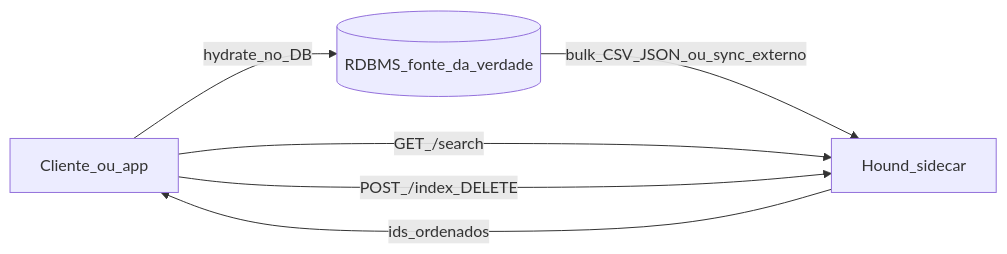
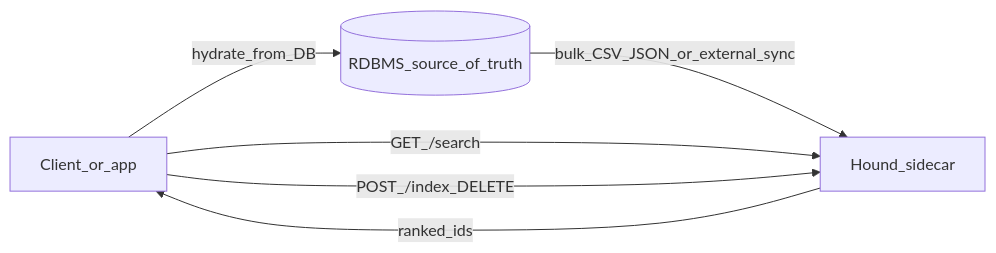
One commit to carvalhosauro/hound changed the first of 2 diagrams in docs/PLANO.md. Above: the diagram before and after it, drawn with Mermaid. The commit also changed other lines of this file and 3 other files, not shown here.

````diff
--- a/docs/PLANO.md
+++ b/docs/PLANO.md
@@ -20,12 +22,12 @@
 ```mermaid
 flowchart LR
-  Client[Cliente_ou_app]
+  Client[Client_or_app]
   Hound[Hound_sidecar]
-  DB[(RDBMS_fonte_da_verdade)]
+  DB[(RDBMS_source_of_truth)]
 
-  DB -->|"bulk_CSV_JSON_ou_sync_externo"| Hound
+  DB -->|"bulk_CSV_JSON_or_external_sync"| Hound
   Client -->|"GET_/search"| Hound
   Client -->|"POST_/index_DELETE"| Hound
-  Hound -->|"ids_ordenados"| Client
-  Client -->|"hydrate_no_DB"| DB
+  Hound -->|"ranked_ids"| Client
+  Client -->|"hydrate_from_DB"| DB
 ```
````
